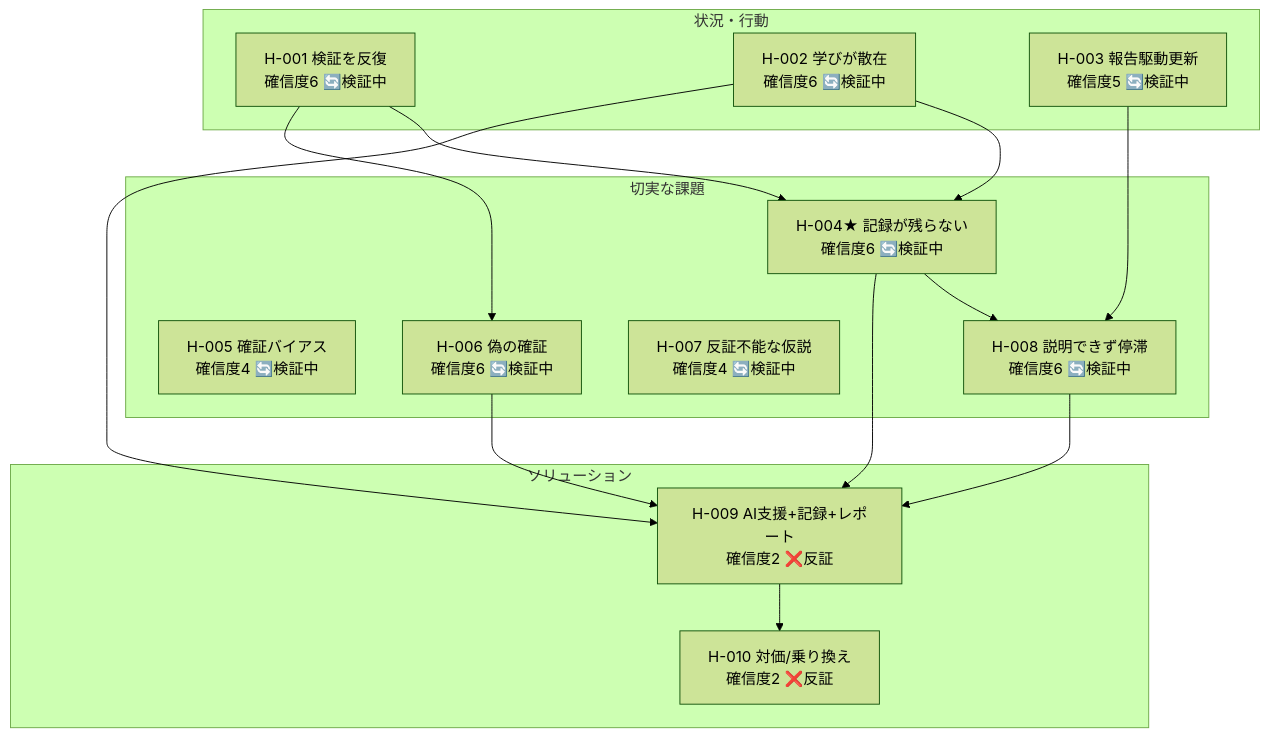
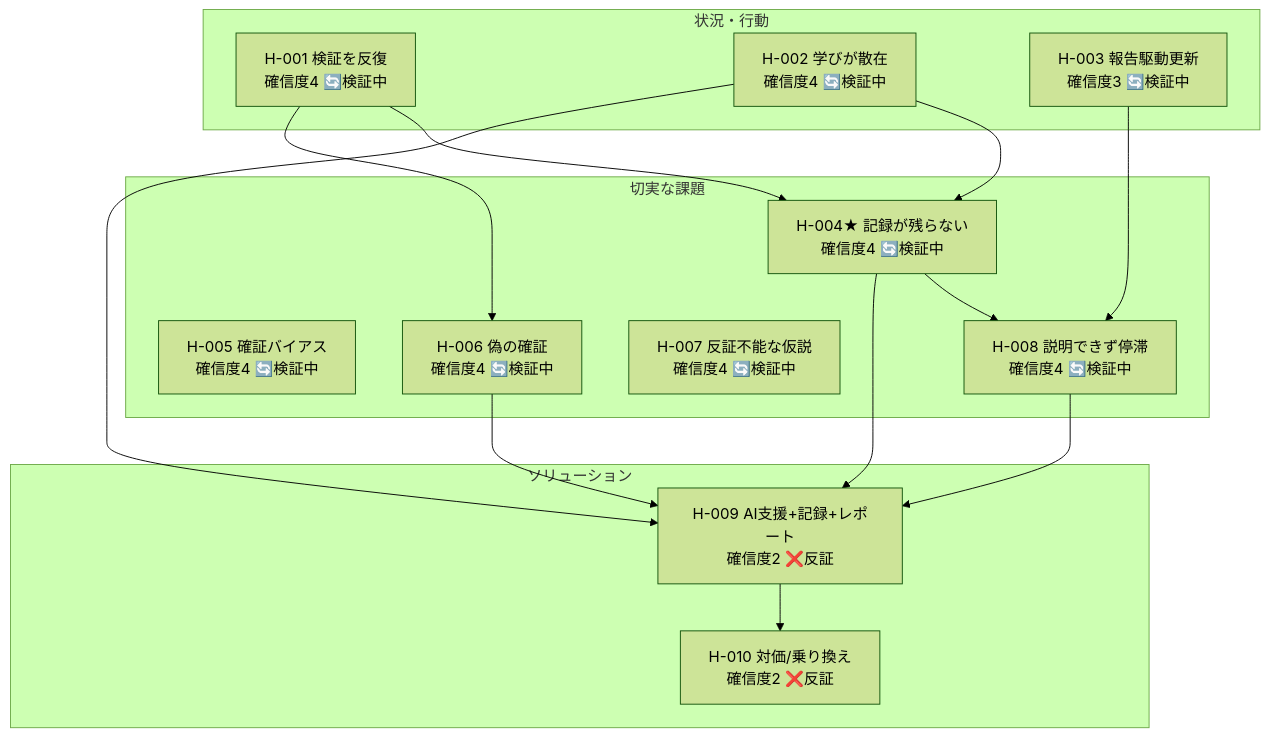
Before and after one commit to haru01/hypothesis-wiki: the diagram in projects/self/wiki/views/hypotheses-list.md, drawn with Mermaid (forest theme). The commit also changed other lines of this file and 16 other files, not shown here.

````diff
--- a/projects/self/wiki/views/hypotheses-list.md
+++ b/projects/self/wiki/views/hypotheses-list.md
@@ -10,29 +10,29 @@
 ```mermaid
 flowchart TB
     subgraph beh["状況・行動"]
-      SELF_H_001["H-001 検証を反復<br/>確信度6 🔄検証中"]
-      SELF_H_002["H-002 学びが散在<br/>確信度6 🔄検証中"]
-      SELF_H_003["H-003 報告駆動更新<br/>確信度5 🔄検証中"]
+      SELF_H_001["H-001 検証を反復<br/>確信度4 🔄検証中"]
+      SELF_H_002["H-002 学びが散在<br/>確信度4 🔄検証中"]
+      SELF_H_003["H-003 報告駆動更新<br/>確信度3 🔄検証中"]
     end
     subgraph prob["切実な課題"]
-      SELF_H_004["H-004★ 記録が残らない<br/>確信度6 🔄検証中"]
+      SELF_H_004["H-004★ 記録が残らない<br/>確信度4 🔄検証中"]
       SELF_H_005["H-005 確証バイアス<br/>確信度4 🔄検証中"]
-      SELF_H_006["H-006 偽の確証<br/>確信度6 🔄検証中"]
+      SELF_H_006["H-006 偽の確証<br/>確信度4 🔄検証中"]
       SELF_H_007["H-007 反証不能な仮説<br/>確信度4 🔄検証中"]
-      SELF_H_008["H-008 説明できず停滞<br/>確信度6 🔄検証中"]
+      SELF_H_008["H-008 説明できず停滞<br/>確信度4 🔄検証中"]
     end
     subgraph sol["ソリューション"]
       SELF_H_009["H-009 AI支援+記録+レポート<br/>確信度2 ❌反証"]
       SELF_H_010["H-010 対価/乗り換え<br/>確信度2 ❌反証"]
     end
     SELF_H_001 --> SELF_H_004
     SELF_H_001 --> SELF_H_006
     SELF_H_002 --> SELF_H_004
     SELF_H_002 --> SELF_H_009
     SELF_H_003 --> SELF_H_008
     SELF_H_004 --> SELF_H_008
     SELF_H_004 --> SELF_H_009
     SELF_H_006 --> SELF_H_009
     SELF_H_008 --> SELF_H_009
     SELF_H_009 --> SELF_H_010
 ```
````
